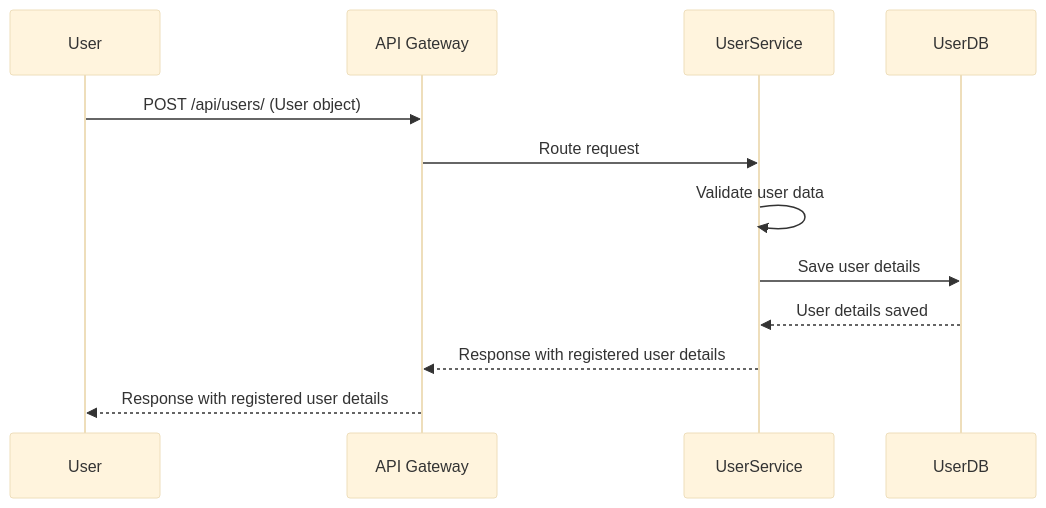
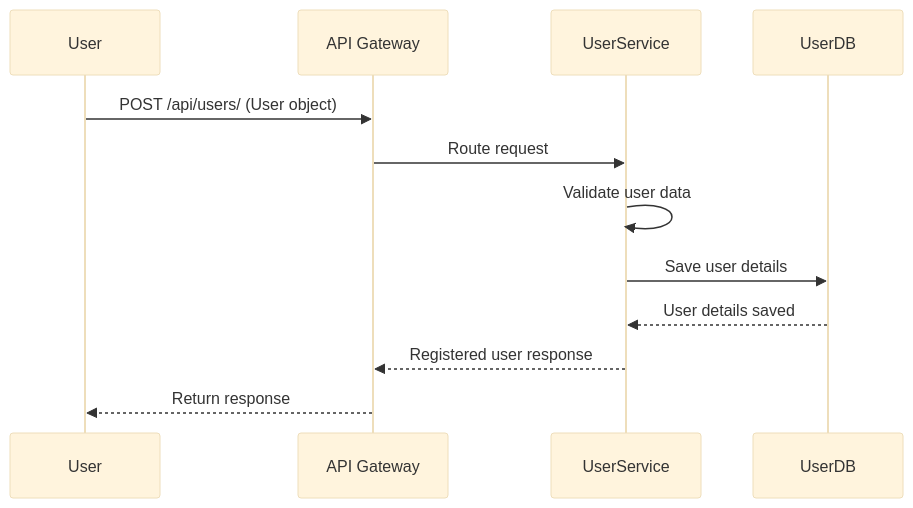
Before and after one commit to AtharvaPimple/vehicle-parking-system: the second of 2 diagrams in user-service-doc.md, drawn with Mermaid (base theme). The commit also changed other lines of this file, not shown here.

````diff
--- a/user-service-doc.md
+++ b/user-service-doc.md
@@ -97,15 +105,15 @@
 ```mermaid
 sequenceDiagram
     participant User
     participant API Gateway
     participant UserService
     participant UserDB
- 
+
     User->>API Gateway: POST /api/users/ (User object)
     API Gateway->>UserService: Route request
     UserService->>UserService: Validate user data
     UserService->>UserDB: Save user details
     UserDB-->>UserService: User details saved
-    UserService-->>API Gateway: Response with registered user details
-    API Gateway-->>User: Response with registered user details
+    UserService-->>API Gateway: Registered user response
+    API Gateway-->>User: Return response
 ```
````
